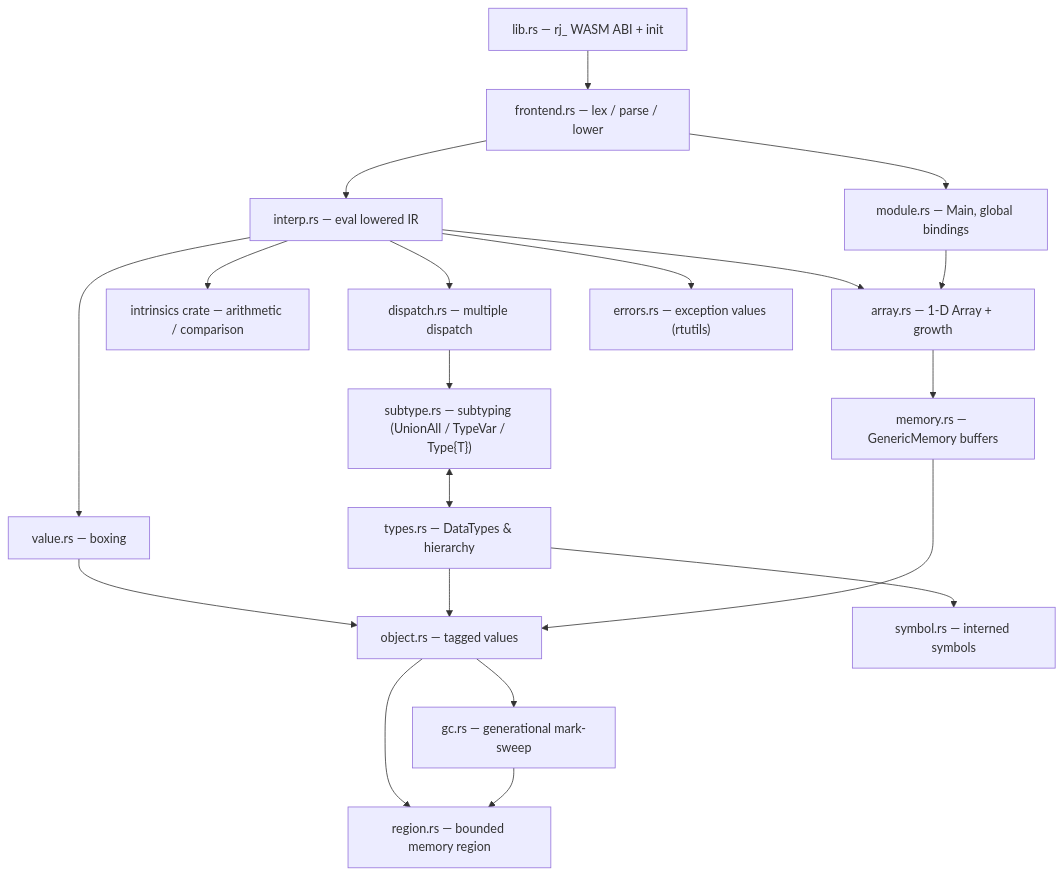
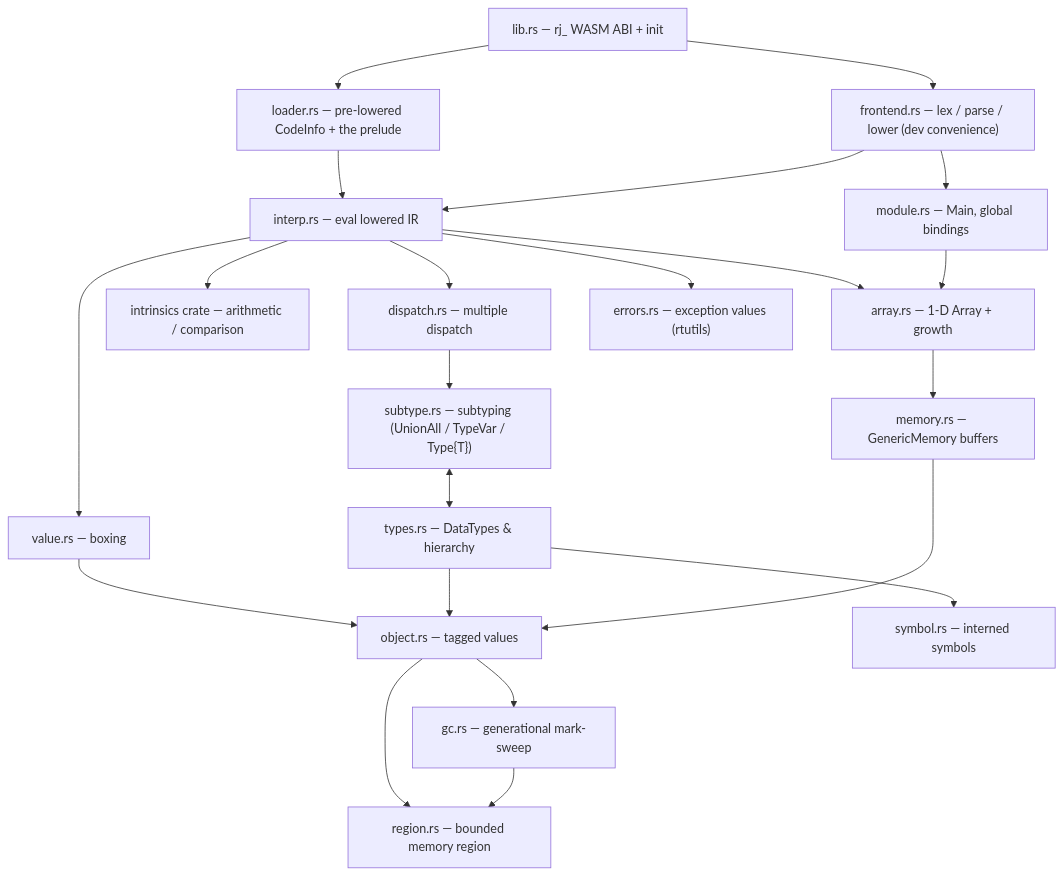
The second of 8 diagrams in design/implementation.md (andy-emerson/Ruju), drawn with Mermaid before and after one commit. The commit also changed other lines of this file and 4 other files, not shown here.

````diff
--- a/design/implementation.md
+++ b/design/implementation.md
@@ -148,23 +148,25 @@
 ```mermaid
 flowchart TD
     LIB["lib.rs — rj_ WASM ABI + init"]
-    LIB --> FE["frontend.rs — lex / parse / lower"]
-    FE --> INTERP["interp.rs — eval lowered IR"]
+    LIB --> FE["frontend.rs — lex / parse / lower (dev convenience)"]
+    LIB --> LOAD["loader.rs — pre-lowered CodeInfo + the prelude"]
+    LOAD --> INTERP["interp.rs — eval lowered IR"]
+    FE --> INTERP
     INTERP --> DISP["dispatch.rs — multiple dispatch"]
     INTERP --> VAL["value.rs — boxing"]
     INTERP --> INTR["intrinsics crate — arithmetic / comparison"]
     INTERP --> ARR["array.rs — 1-D Array + growth"]
     INTERP --> ERR["errors.rs — exception values (rtutils)"]
     ARR --> MEMM["memory.rs — GenericMemory buffers"]
     FE --> MOD["module.rs — Main, global bindings"]
     MOD --> ARR
     DISP --> SUB["subtype.rs — subtyping (UnionAll / TypeVar / Type{T})"]
     SUB <--> TYPES["types.rs — DataTypes & hierarchy"]
     VAL --> OBJ["object.rs — tagged values"]
     TYPES --> OBJ
     MEMM --> OBJ
     TYPES --> SYM["symbol.rs — interned symbols"]
     OBJ --> GC["gc.rs — generational mark-sweep"]
     OBJ --> REGION["region.rs — bounded memory region"]
     GC --> REGION
 ```
````
